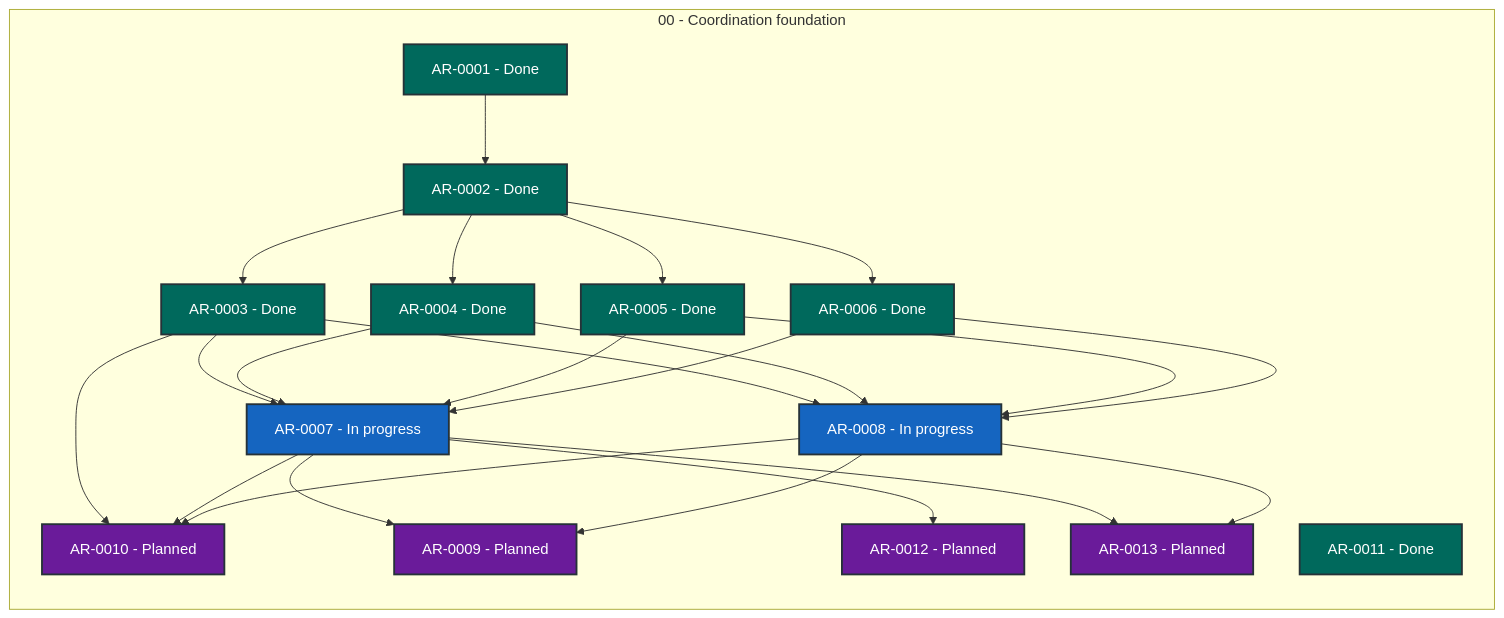
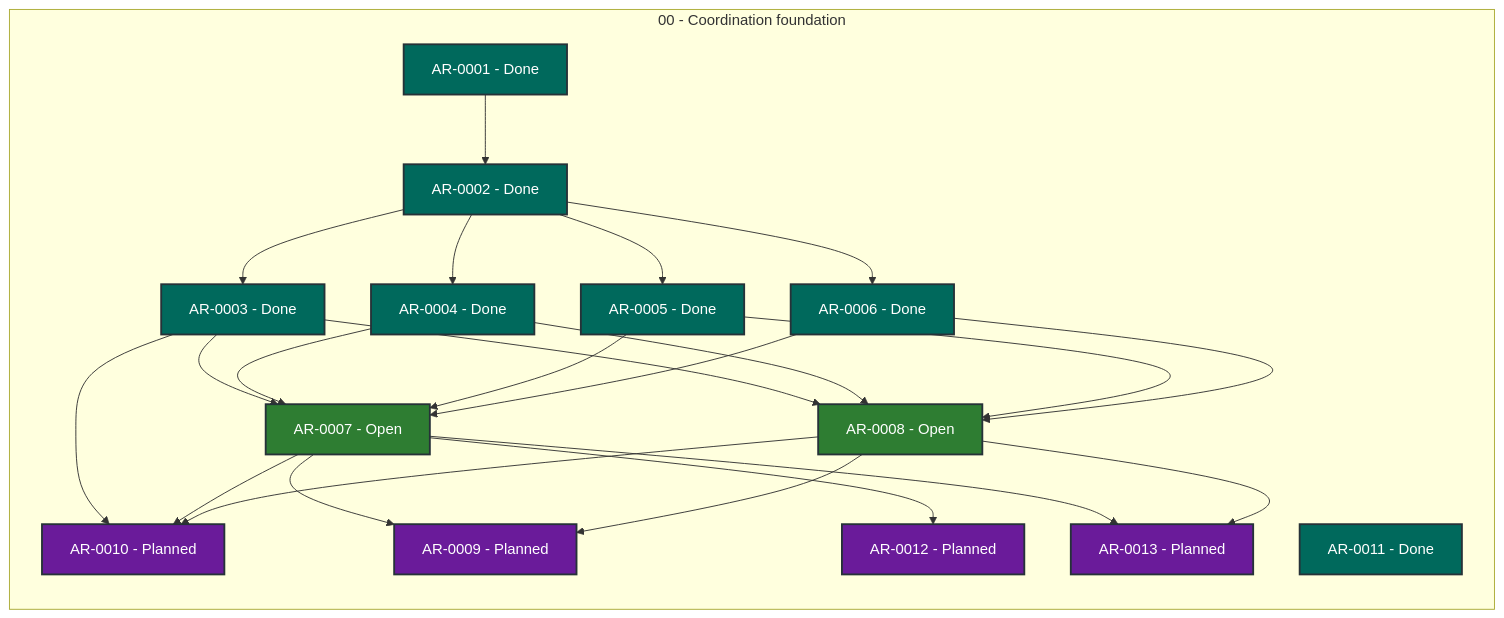
One commit to martin-beck/agent-workflow-coordinator-state changed the diagram in STATUS.md. Above: the diagram before and after it, drawn with Mermaid. The commit also changed other lines of this file and 3 other files, not shown here.

````diff
--- a/STATUS.md
+++ b/STATUS.md
@@ -27,48 +27,48 @@
 ```mermaid
 flowchart LR
     subgraph series_00["00 - Coordination foundation"]
         direction TB
         AR_0001["AR-0001 - Done"]:::status_done
         AR_0002["AR-0002 - Done"]:::status_done
         AR_0003["AR-0003 - Done"]:::status_done
         AR_0004["AR-0004 - Done"]:::status_done
         AR_0005["AR-0005 - Done"]:::status_done
         AR_0006["AR-0006 - Done"]:::status_done
-        AR_0007["AR-0007 - In progress"]:::status_in_progress
-        AR_0008["AR-0008 - In progress"]:::status_in_progress
+        AR_0007["AR-0007 - Open"]:::status_open
+        AR_0008["AR-0008 - Open"]:::status_open
         AR_0009["AR-0009 - Planned"]:::status_planned
         AR_0010["AR-0010 - Planned"]:::status_planned
         AR_0011["AR-0011 - Done"]:::status_done
         AR_0012["AR-0012 - Planned"]:::status_planned
         AR_0013["AR-0013 - Planned"]:::status_planned
     end
     AR_0001 --> AR_0002
     AR_0002 --> AR_0003
     AR_0002 --> AR_0004
     AR_0002 --> AR_0005
     AR_0002 --> AR_0006
     AR_0003 --> AR_0007
     AR_0003 --> AR_0008
     AR_0003 --> AR_0010
     AR_0004 --> AR_0007
     AR_0004 --> AR_0008
     AR_0005 --> AR_0007
     AR_0005 --> AR_0008
     AR_0006 --> AR_0007
     AR_0006 --> AR_0008
     AR_0007 --> AR_0009
     AR_0007 --> AR_0010
     AR_0007 --> AR_0012
     AR_0007 --> AR_0013
     AR_0008 --> AR_0009
     AR_0008 --> AR_0010
     AR_0008 --> AR_0013
     classDef status_in_progress fill:#1565c0,color:#ffffff,stroke:#263238,stroke-width:2px
     classDef status_open fill:#2e7d32,color:#ffffff,stroke:#263238,stroke-width:2px
     classDef status_blocked fill:#c62828,color:#ffffff,stroke:#263238,stroke-width:2px
     classDef status_planned fill:#6a1b9a,color:#ffffff,stroke:#263238,stroke-width:2px
     classDef status_future fill:#455a64,color:#ffffff,stroke:#263238,stroke-width:2px
     classDef status_done fill:#00695c,color:#ffffff,stroke:#263238,stroke-width:2px
     classDef status_cancelled fill:#616161,color:#ffffff,stroke:#263238,stroke-width:2px
     classDef status_superseded fill:#5d4037,color:#ffffff,stroke:#263238,stroke-width:2px
 ```
````
